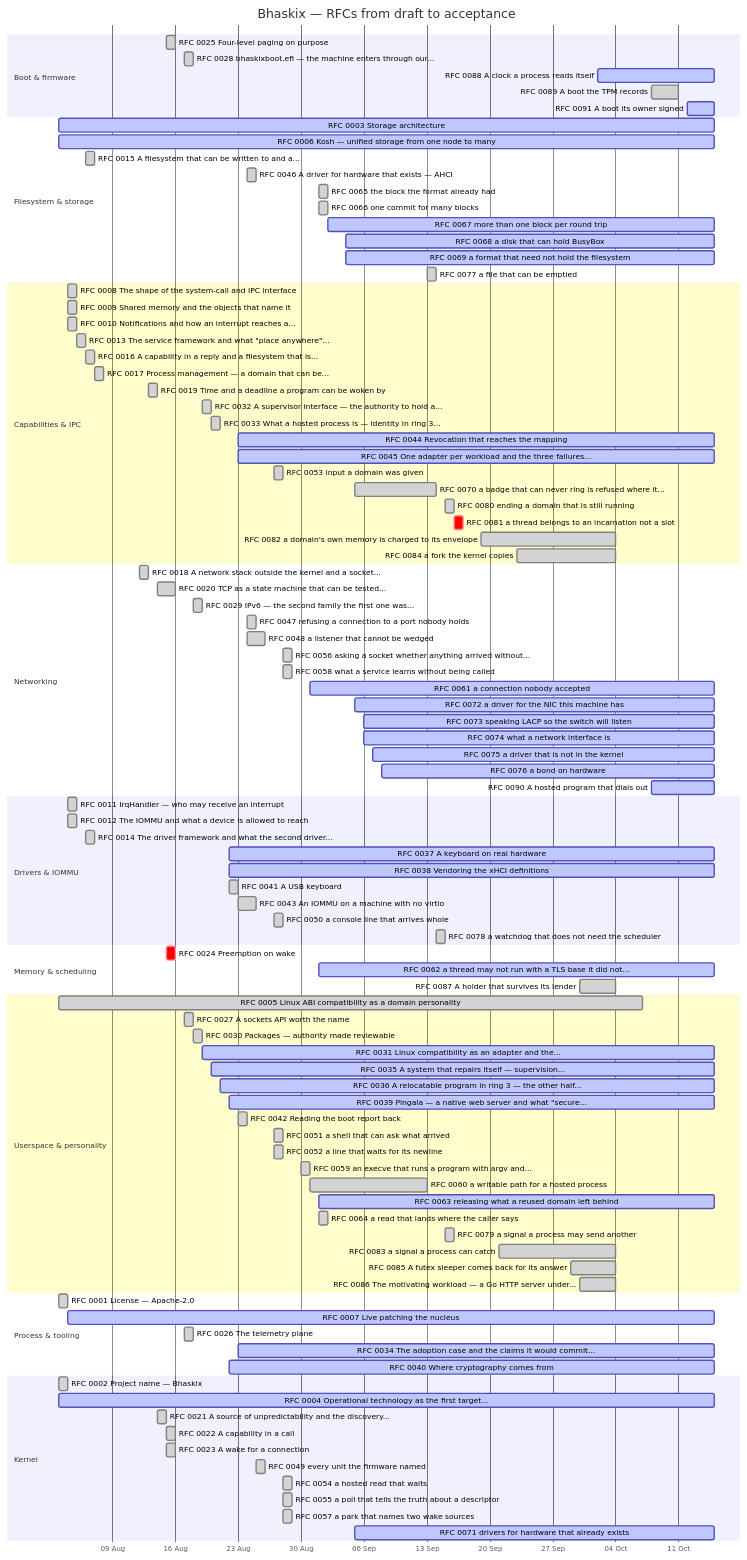
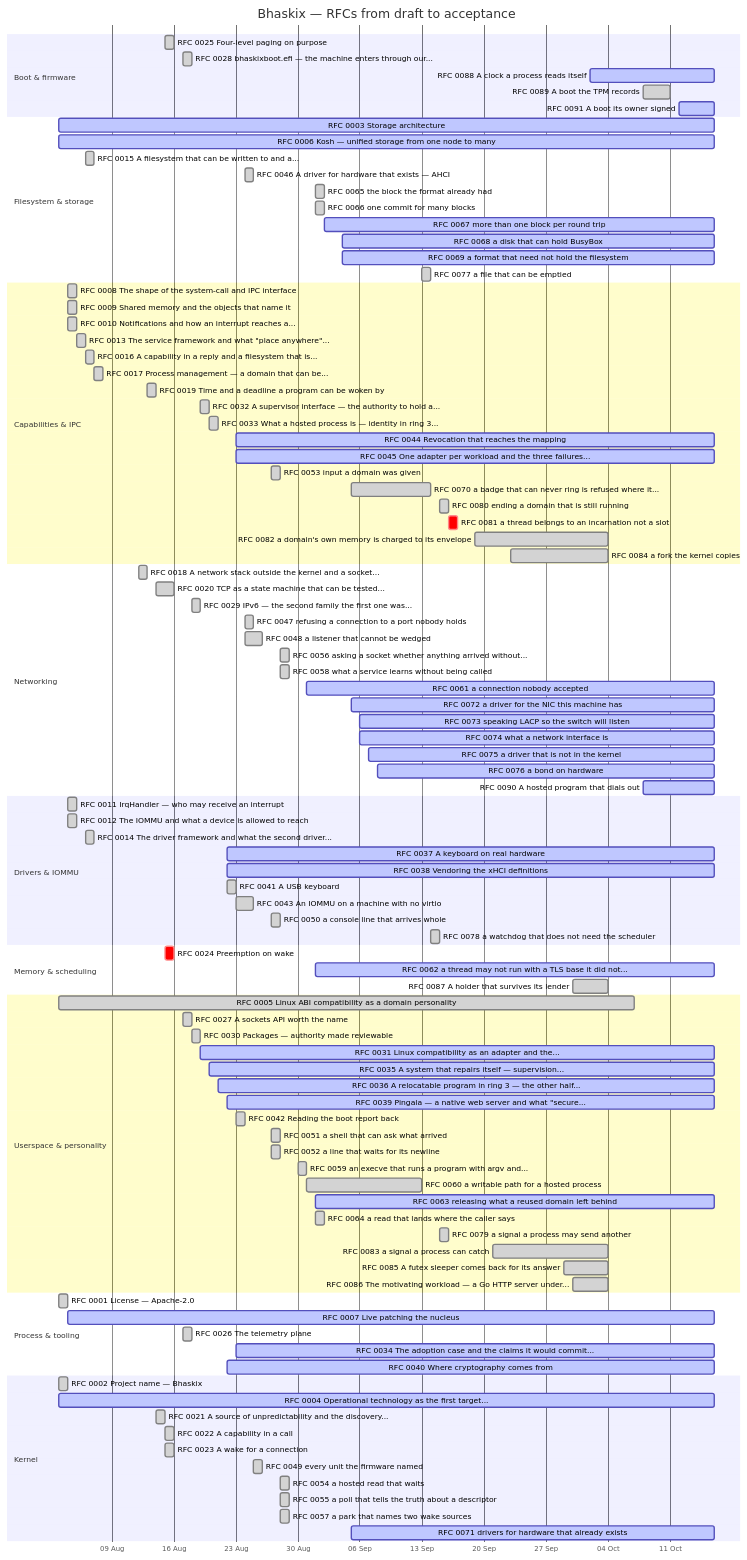
The diagram in docs/progress.md (bhaskix/bhaskix), drawn with Mermaid before and after one commit. The commit also changed other lines of this file and 8 other files, not shown here.

````diff
--- a/docs/progress.md
+++ b/docs/progress.md
@@ -30,19 +30,19 @@
     section Boot & firmware
     RFC 0025 Four-level paging on purpose :done, r0025, 2026-08-15, 2026-08-16
     RFC 0028 bhaskixboot.efi — the machine enters through our... :done, r0028, 2026-08-17, 2026-08-18
-    RFC 0088 A clock a process reads itself :active, r0088, 2026-10-02, 2026-10-15
+    RFC 0088 A clock a process reads itself :active, r0088, 2026-10-02, 2026-10-16
     RFC 0089 A boot the TPM records :done, r0089, 2026-10-08, 2026-10-11
-    RFC 0091 A boot its owner signed :active, r0091, 2026-10-12, 2026-10-15
+    RFC 0091 A boot its owner signed :active, r0091, 2026-10-12, 2026-10-16
     section Filesystem & storage
-    RFC 0003 Storage architecture :active, r0003, 2026-08-03, 2026-10-15
-    RFC 0006 Kosh — unified storage from one node to many :active, r0006, 2026-08-03, 2026-10-15
+    RFC 0003 Storage architecture :active, r0003, 2026-08-03, 2026-10-16
+    RFC 0006 Kosh — unified storage from one node to many :active, r0006, 2026-08-03, 2026-10-16
     RFC 0015 A filesystem that can be written to and a... :done, r0015, 2026-08-06, 1d
     RFC 0046 A driver for hardware that exists — AHCI :done, r0046, 2026-08-24, 1d
     RFC 0065 the block the format already had :done, r0065, 2026-09-01, 1d
     RFC 0066 one commit for many blocks :done, r0066, 2026-09-01, 1d
-    RFC 0067 more than one block per round trip :active, r0067, 2026-09-02, 2026-10-15
-    RFC 0068 a disk that can hold BusyBox :active, r0068, 2026-09-04, 2026-10-15
-    RFC 0069 a format that need not hold the filesystem :active, r0069, 2026-09-04, 2026-10-15
+    RFC 0067 more than one block per round trip :active, r0067, 2026-09-02, 2026-10-16
+    RFC 0068 a disk that can hold BusyBox :active, r0068, 2026-09-04, 2026-10-16
+    RFC 0069 a format that need not hold the filesystem :active, r0069, 2026-09-04, 2026-10-16
     RFC 0077 a file that can be emptied :done, r0077, 2026-09-13, 1d
     section Capabilities & IPC
     RFC 0008 The shape of the system-call and IPC interface :done, r0008, 2026-08-04, 1d
@@ -54,8 +54,8 @@
     RFC 0019 Time and a deadline a program can be woken by :done, r0019, 2026-08-13, 2026-08-14
     RFC 0032 A supervisor interface — the authority to hold a... :done, r0032, 2026-08-19, 2026-08-20
     RFC 0033 What a hosted process is — identity in ring 3... :done, r0033, 2026-08-20, 1d
-    RFC 0044 Revocation that reaches the mapping :active, r0044, 2026-08-23, 2026-10-15
-    RFC 0045 One adapter per workload and the three failures... :active, r0045, 2026-08-23, 2026-10-15
+    RFC 0044 Revocation that reaches the mapping :active, r0044, 2026-08-23, 2026-10-16
+    RFC 0045 One adapter per workload and the three failures... :active, r0045, 2026-08-23, 2026-10-16
     RFC 0053 input a domain was given :done, r0053, 2026-08-27, 1d
     RFC 0070 a badge that can never ring is refused where it... :done, r0070, 2026-09-05, 2026-09-14
     RFC 0080 ending a domain that is still running :done, r0080, 2026-09-15, 1d
@@ -70,41 +70,41 @@
     RFC 0048 a listener that cannot be wedged :done, r0048, 2026-08-24, 2026-08-26
     RFC 0056 asking a socket whether anything arrived without... :done, r0056, 2026-08-28, 1d
     RFC 0058 what a service learns without being called :done, r0058, 2026-08-28, 1d
-    RFC 0061 a connection nobody accepted :active, r0061, 2026-08-31, 2026-10-15
-    RFC 0072 a driver for the NIC this machine has :active, r0072, 2026-09-05, 2026-10-15
-    RFC 0073 speaking LACP so the switch will listen :active, r0073, 2026-09-06, 2026-10-15
-    RFC 0074 what a network interface is :active, r0074, 2026-09-06, 2026-10-15
-    RFC 0075 a driver that is not in the kernel :active, r0075, 2026-09-07, 2026-10-15
-    RFC 0076 a bond on hardware :active, r0076, 2026-09-08, 2026-10-15
-    RFC 0090 A hosted program that dials out :active, r0090, 2026-10-08, 2026-10-15
+    RFC 0061 a connection nobody accepted :active, r0061, 2026-08-31, 2026-10-16
+    RFC 0072 a driver for the NIC this machine has :active, r0072, 2026-09-05, 2026-10-16
+    RFC 0073 speaking LACP so the switch will listen :active, r0073, 2026-09-06, 2026-10-16
+    RFC 0074 what a network interface is :active, r0074, 2026-09-06, 2026-10-16
+    RFC 0075 a driver that is not in the kernel :active, r0075, 2026-09-07, 2026-10-16
+    RFC 0076 a bond on hardware :active, r0076, 2026-09-08, 2026-10-16
+    RFC 0090 A hosted program that dials out :active, r0090, 2026-10-08, 2026-10-16
     section Drivers & IOMMU
     RFC 0011 IrqHandler — who may receive an interrupt :done, r0011, 2026-08-04, 1d
     RFC 0012 The IOMMU and what a device is allowed to reach :done, r0012, 2026-08-04, 1d
     RFC 0014 The driver framework and what the second driver... :done, r0014, 2026-08-06, 1d
-    RFC 0037 A keyboard on real hardware :active, r0037, 2026-08-22, 2026-10-15
-    RFC 0038 Vendoring the xHCI definitions :active, r0038, 2026-08-22, 2026-10-15
+    RFC 0037 A keyboard on real hardware :active, r0037, 2026-08-22, 2026-10-16
+    RFC 0038 Vendoring the xHCI definitions :active, r0038, 2026-08-22, 2026-10-16
     RFC 0041 A USB keyboard :done, r0041, 2026-08-22, 2026-08-23
     RFC 0043 An IOMMU on a machine with no virtio :done, r0043, 2026-08-23, 2026-08-25
     RFC 0050 a console line that arrives whole :done, r0050, 2026-08-27, 1d
     RFC 0078 a watchdog that does not need the scheduler :done, r0078, 2026-09-14, 2026-09-15
     section Memory & scheduling
     RFC 0024 Preemption on wake :crit, r0024, 2026-08-15, 1d
-    RFC 0062 a thread may not run with a TLS base it did not... :active, r0062, 2026-09-01, 2026-10-15
+    RFC 0062 a thread may not run with a TLS base it did not... :active, r0062, 2026-09-01, 2026-10-16
     RFC 0087 A holder that survives its lender :done, r0087, 2026-09-30, 2026-10-04
     section Userspace & personality
     RFC 0005 Linux ABI compatibility as a domain personality :done, r0005, 2026-08-03, 2026-10-07
     RFC 0027 A sockets API worth the name :done, r0027, 2026-08-17, 1d
     RFC 0030 Packages — authority made reviewable :done, r0030, 2026-08-18, 2026-08-19
-    RFC 0031 Linux compatibility as an adapter and the... :active, r0031, 2026-08-19, 2026-10-15
-    RFC 0035 A system that repairs itself — supervision... :active, r0035, 2026-08-20, 2026-10-15
-    RFC 0036 A relocatable program in ring 3 — the other half... :active, r0036, 2026-08-21, 2026-10-15
-    RFC 0039 Pingala — a native web server and what "secure... :active, r0039, 2026-08-22, 2026-10-15
+    RFC 0031 Linux compatibility as an adapter and the... :active, r0031, 2026-08-19, 2026-10-16
+    RFC 0035 A system that repairs itself — supervision... :active, r0035, 2026-08-20, 2026-10-16
+    RFC 0036 A relocatable program in ring 3 — the other half... :active, r0036, 2026-08-21, 2026-10-16
+    RFC 0039 Pingala — a native web server and what "secure... :active, r0039, 2026-08-22, 2026-10-16
     RFC 0042 Reading the boot report back :done, r0042, 2026-08-23, 1d
     RFC 0051 a shell that can ask what arrived :done, r0051, 2026-08-27, 1d
     RFC 0052 a line that waits for its newline :done, r0052, 2026-08-27, 1d
     RFC 0059 an execve that runs a program with argv and... :done, r0059, 2026-08-30, 1d
     RFC 0060 a writable path for a hosted process :done, r0060, 2026-08-31, 2026-09-13
-    RFC 0063 releasing what a reused domain left behind :active, r0063, 2026-09-01, 2026-10-15
+    RFC 0063 releasing what a reused domain left behind :active, r0063, 2026-09-01, 2026-10-16
     RFC 0064 a read that lands where the caller says :done, r0064, 2026-09-01, 1d
     RFC 0079 a signal a process may send another :done, r0079, 2026-09-15, 1d
     RFC 0083 a signal a process can catch :done, r0083, 2026-09-21, 2026-10-04
@@ -112,13 +112,13 @@
     RFC 0086 The motivating workload — a Go HTTP server under... :done, r0086, 2026-09-30, 2026-10-04
     section Process & tooling
     RFC 0001 License — Apache-2.0 :done, r0001, 2026-08-03, 1d
-    RFC 0007 Live patching the nucleus :active, r0007, 2026-08-04, 2026-10-15
+    RFC 0007 Live patching the nucleus :active, r0007, 2026-08-04, 2026-10-16
     RFC 0026 The telemetry plane :done, r0026, 2026-08-17, 1d
-    RFC 0034 The adoption case and the claims it would commit... :active, r0034, 2026-08-23, 2026-10-15
-    RFC 0040 Where cryptography comes from :active, r0040, 2026-08-22, 2026-10-15
+    RFC 0034 The adoption case and the claims it would commit... :active, r0034, 2026-08-23, 2026-10-16
+    RFC 0040 Where cryptography comes from :active, r0040, 2026-08-22, 2026-10-16
     section Kernel
     RFC 0002 Project name — Bhaskix :done, r0002, 2026-08-03, 1d
-    RFC 0004 Operational technology as the first target... :active, r0004, 2026-08-03, 2026-10-15
+    RFC 0004 Operational technology as the first target... :active, r0004, 2026-08-03, 2026-10-16
     RFC 0021 A source of unpredictability and the discovery... :done, r0021, 2026-08-14, 1d
     RFC 0022 A capability in a call :done, r0022, 2026-08-15, 2026-08-16
     RFC 0023 A wake for a connection :done, r0023, 2026-08-15, 2026-08-16
@@ -126,5 +126,5 @@
     RFC 0054 a hosted read that waits :done, r0054, 2026-08-28, 1d
     RFC 0055 a poll that tells the truth about a descriptor :done, r0055, 2026-08-28, 1d
     RFC 0057 a park that names two wake sources :done, r0057, 2026-08-28, 1d
-    RFC 0071 drivers for hardware that already exists :active, r0071, 2026-09-05, 2026-10-15
+    RFC 0071 drivers for hardware that already exists :active, r0071, 2026-09-05, 2026-10-16
 ```
````
